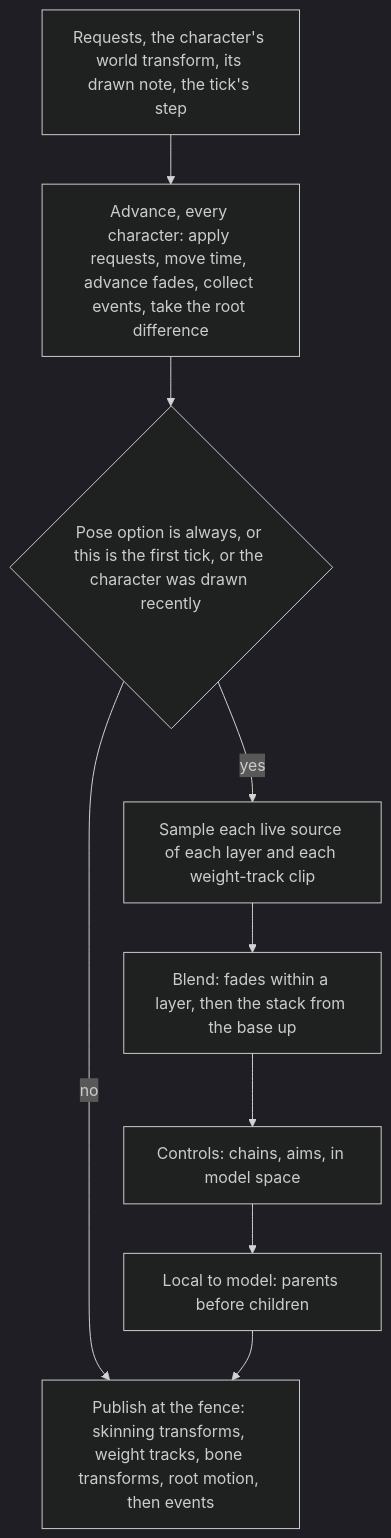
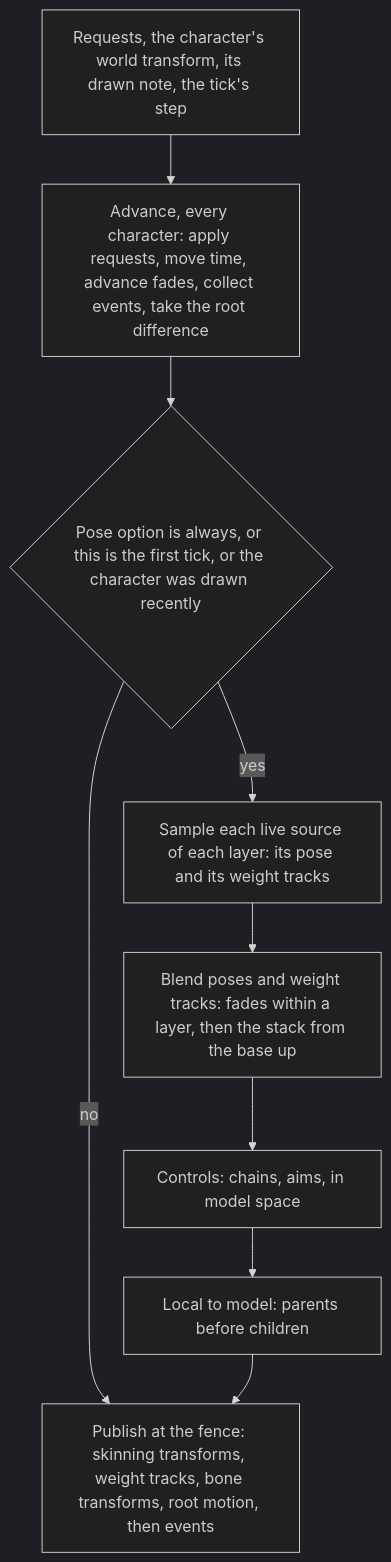
One commit to plainsight-systems/bullet-witch changed the second of 4 diagrams in docs/architecture/animation.md. Above: the diagram before and after it, drawn with Mermaid (dark theme). The commit also changed other lines of this file and 2 other files, not shown here.

````diff
--- a/docs/architecture/animation.md
+++ b/docs/architecture/animation.md
@@ -158,11 +180,11 @@
 ```mermaid
 flowchart TD
     RQ["Requests, the character's world transform, its drawn note, the tick's step"] --> AD["Advance, every character: apply requests, move time, advance fades, collect events, take the root difference"]
     AD --> NP{"Pose option is always, or this is the first tick, or the character was drawn recently"}
     NP -- no --> PB
-    NP -- yes --> SM["Sample each live source of each layer and each weight-track clip"]
-    SM --> BL["Blend: fades within a layer, then the stack from the base up"]
+    NP -- yes --> SM["Sample each live source of each layer: its pose and its weight tracks"]
+    SM --> BL["Blend poses and weight tracks: fades within a layer, then the stack from the base up"]
     BL --> CN["Controls: chains, aims, in model space"]
     CN --> LM["Local to model: parents before children"]
     LM --> PB["Publish at the fence: skinning transforms, weight tracks, bone transforms, root motion, then events"]
 ```
````
